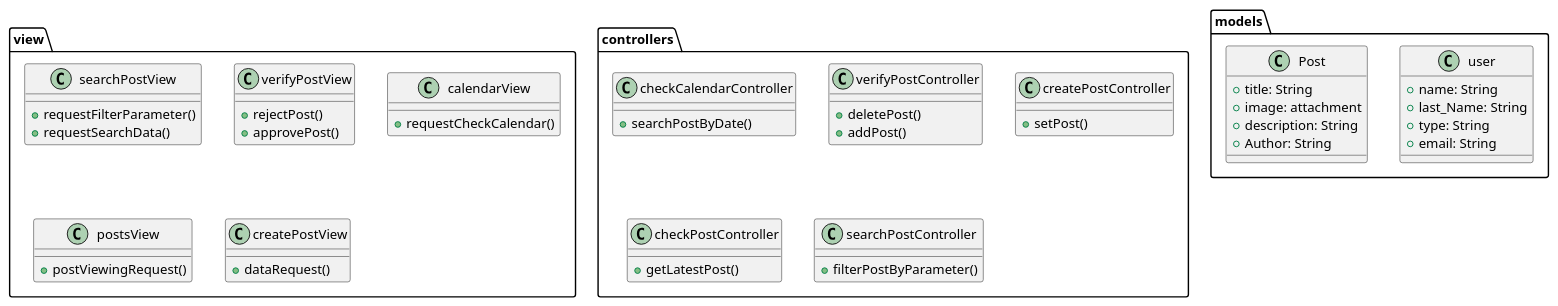
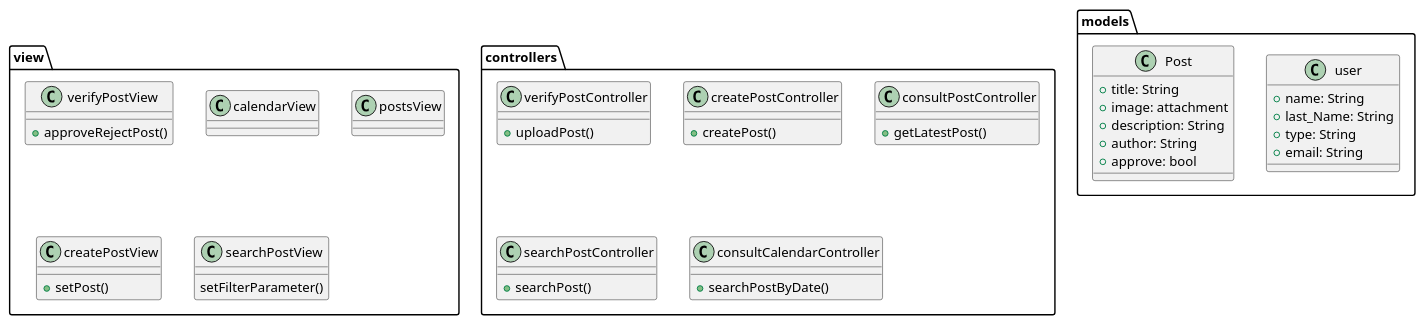
Before and after one commit to Dayannis-07/ING_SOFT: the diagram in docs/scenariosView/packageDiagramDescreption.plantuml, drawn with PlantUML. The commit also changed 11 other files, not shown here.

Commit message:
corrections collaboration Diagram & classDiagram

```diff
--- a/docs/scenariosView/packageDiagramDescreption.plantuml
+++ b/docs/scenariosView/packageDiagramDescreption.plantuml
@@ -1,62 +1,59 @@
 @startuml packageDiagramDescription
 
 allowmixing
 
 package view <<Folder>> {
-    class searchPostView{
-  +requestFilterParameter()
-  +requestSearchData()
-}
-class verifyPostView{
-+rejectPost()
-+approvePost()
+    class verifyPostView{
++approveRejectPost()
 }
 class calendarView{
-+requestCheckCalendar()
 }
 class postsView{
-  +postViewingRequest()
+  
 }
 class createPostView{
- +dataRequest()
+ +setPost()
+}
+class searchPostView{
+  setFilterParameter()
 }
 }
    
 
 package controllers <<Folder>> {
- class checkCalendarController{
-  +searchPostByDate()
-}
-class verifyPostController{
-+deletePost()
-+addPost()
+ class verifyPostController{
++uploadPost()
 }
 class createPostController{
-  +setPost()
+  +createPost()
 }
-class checkPostController{
+class consultPostController{
 + getLatestPost()
 }
 class searchPostController{
-+filterPostByParameter()
++searchPost()
+}
+class consultCalendarController{
+  +searchPostByDate()
 }
 }
 
 package models <<Folder>> {
     class user{
         +name: String
         +last_Name: String
         +type: String
         +email: String
     }
     class Post{
         +title: String
         +image: attachment
         +description: String
-        + Author: String
+        +author: String
+        +approve: bool
     
 }
 }
 
 
 @enduml
```
